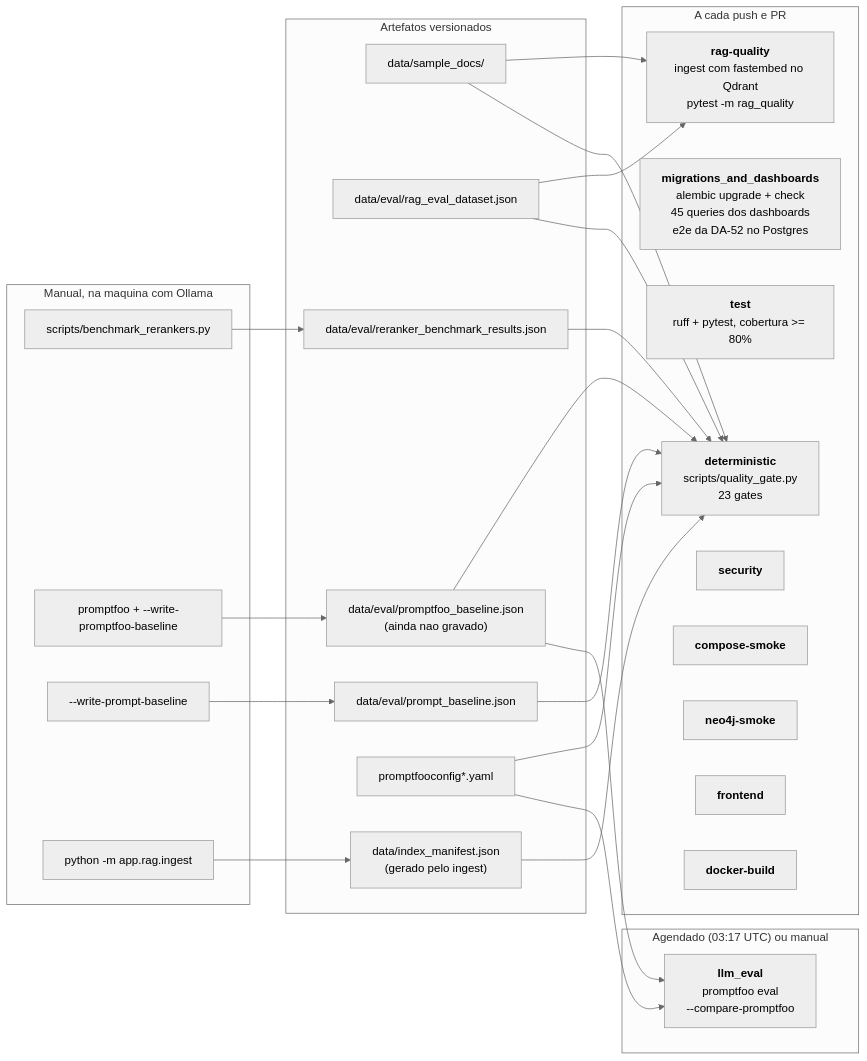
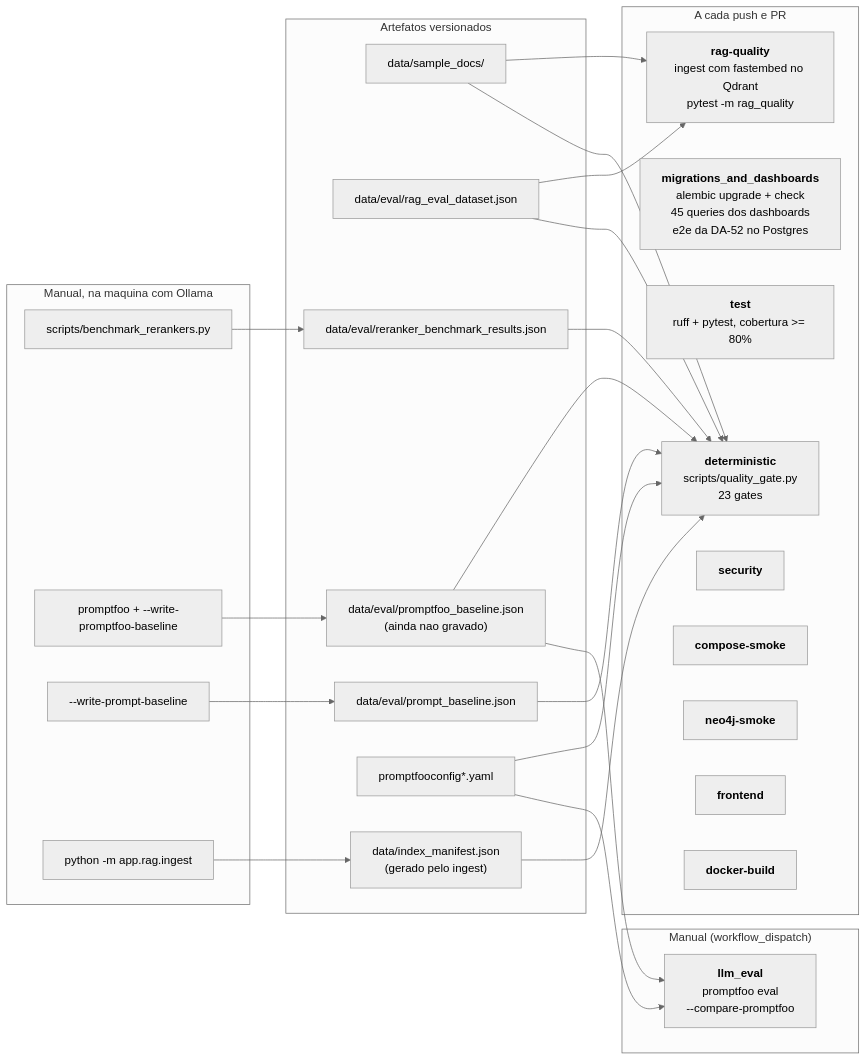
Before and after one commit to marcos-slima/integration-incident-copilot: the diagram in docs/QUALITY_GATES.md, drawn with Mermaid (neutral theme). The commit also changed other lines of this file and 5 other files, not shown here.

````diff
--- a/docs/QUALITY_GATES.md
+++ b/docs/QUALITY_GATES.md
@@ -62,51 +62,51 @@
 ```mermaid
 flowchart LR
     subgraph artefatos["Artefatos versionados"]
         docs["data/sample_docs/"]
         ds["data/eval/rag_eval_dataset.json"]
         rb["data/eval/reranker_benchmark_results.json"]
         pb["data/eval/prompt_baseline.json"]
         fb["data/eval/promptfoo_baseline.json<br/>(ainda nao gravado)"]
         cfg["promptfooconfig*.yaml"]
         mf["data/index_manifest.json<br/>(gerado pelo ingest)"]
     end
 
     subgraph pr["A cada push e PR"]
         det["<b>deterministic</b><br/>scripts/quality_gate.py<br/>23 gates"]
         mig["<b>migrations_and_dashboards</b><br/>alembic upgrade + check<br/>45 queries dos dashboards<br/>e2e da DA-52 no Postgres"]
         tst["<b>test</b><br/>ruff + pytest, cobertura >= 80%"]
         rq["<b>rag-quality</b><br/>ingest com fastembed no Qdrant<br/>pytest -m rag_quality"]
         sec["<b>security</b>"]
         cs["<b>compose-smoke</b>"]
         n4["<b>neo4j-smoke</b>"]
         fe["<b>frontend</b>"]
         db["<b>docker-build</b>"]
     end
 
-    subgraph agenda["Agendado (03:17 UTC) ou manual"]
+    subgraph agenda["Manual (workflow_dispatch)"]
         llm["<b>llm_eval</b><br/>promptfoo eval<br/>--compare-promptfoo"]
     end
 
     subgraph manual["Manual, na maquina com Ollama"]
         bm["scripts/benchmark_rerankers.py"]
         pf["promptfoo + --write-promptfoo-baseline"]
         pd["--write-prompt-baseline"]
         ing["python -m app.rag.ingest"]
     end
 
     docs --> rq
     ds --> rq
     ds --> det
     docs --> det
     rb --> det
     pb --> det
     cfg --> det
     fb --> det
     mf --> det
     cfg --> llm
     fb --> llm
     bm --> rb
     pf --> fb
     pd --> pb
     ing --> mf
 ```
````
